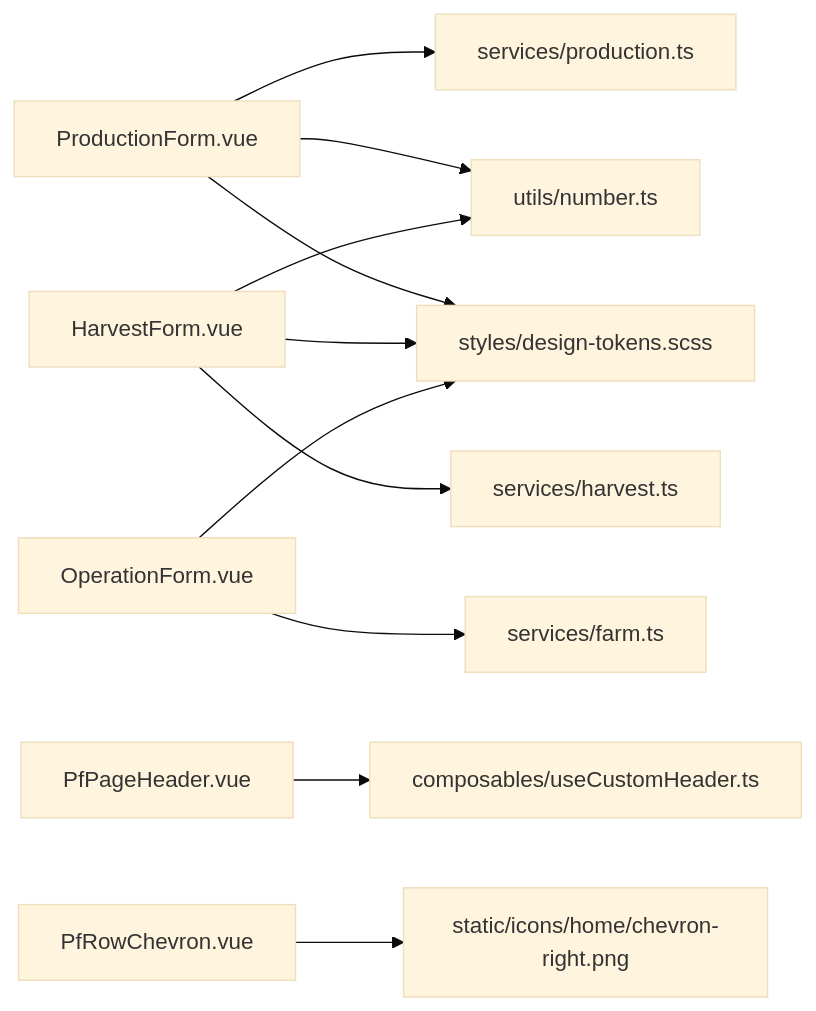
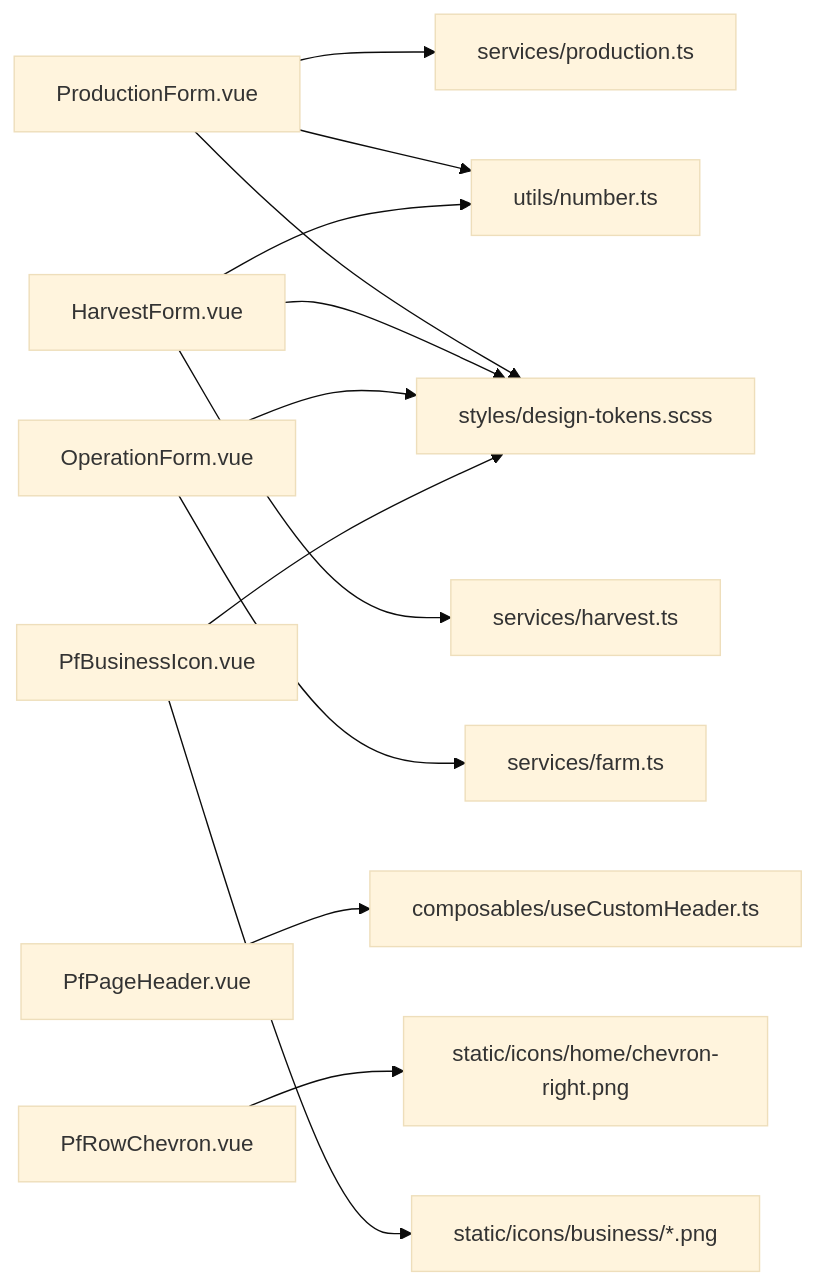
The seventh of 7 diagrams in .qoder/repowiki/zh/content/系统架构/前端架构/组件系统.md (wungjyan/pocket-farm), drawn with Mermaid (base theme) before and after one commit. The commit also changed other lines of this file and 198 other files, not shown here.

````diff
--- a/.qoder/repowiki/zh/content/系统架构/前端架构/组件系统.md
+++ b/.qoder/repowiki/zh/content/系统架构/前端架构/组件系统.md
@@ -371,13 +443,15 @@
 ```mermaid
 graph LR
 PF["ProductionForm.vue"] --> PT["services/production.ts"]
 HF["HarvestForm.vue"] --> HT["services/harvest.ts"]
 OF["OperationForm.vue"] --> FT["services/farm.ts"]
 PF --> N["utils/number.ts"]
 HF --> N
 PF --> DT["styles/design-tokens.scss"]
 HF --> DT
 OF --> DT
 PH["PfPageHeader.vue"] --> CH["composables/useCustomHeader.ts"]
-PRC["PfRowChevron.vue"] --> IMG["static/icons/home/chevron-right.png"]
+PRC["PfRowChevron.vue"] --> IMG1["static/icons/home/chevron-right.png"]
+PBI["PfBusinessIcon.vue"] --> IMG2["static/icons/business/*.png"]
+PBI --> DT
 ```
````
